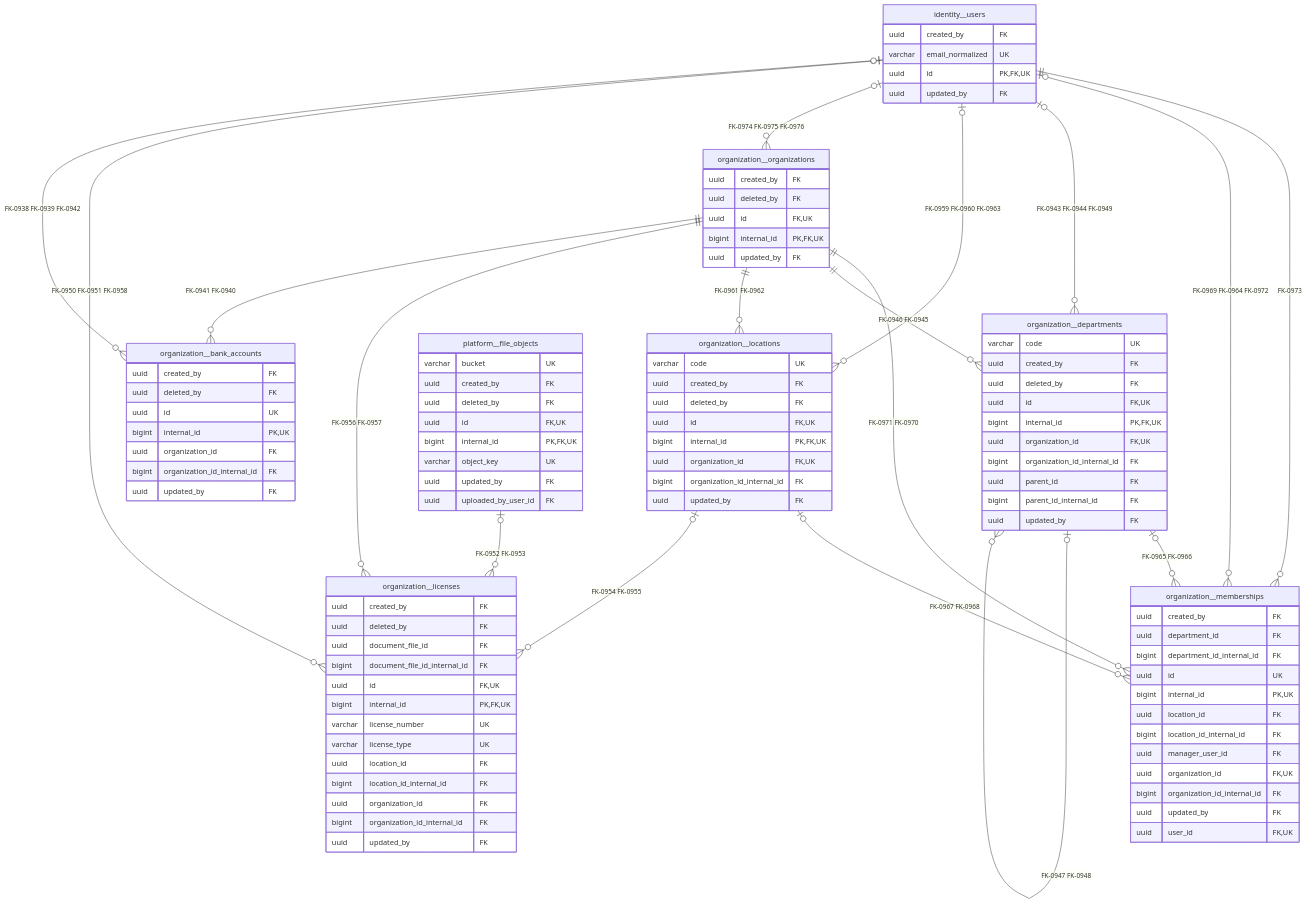
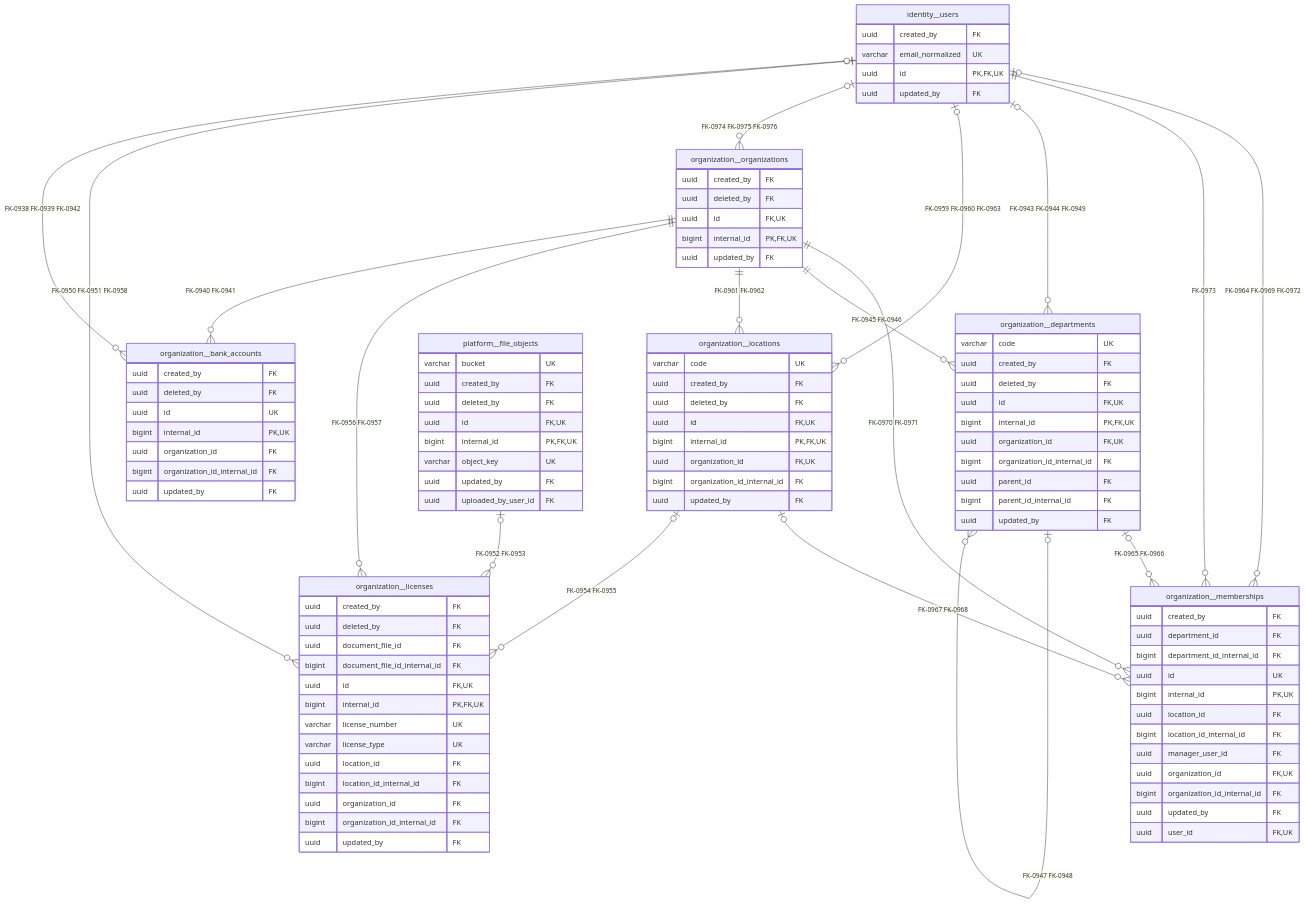
Before and after one commit to shiladityamajumder/pharmville-docs: the diagram in 04-Database/ER-Diagrams/16-organization.md, drawn with Mermaid. The commit also changed other lines of this file and 661 other files, not shown here.

Commit message:
docs: consolidate validated PostgreSQL schema and reorganize Pharmville into a module-driven technical blueprint

````diff
--- a/04-Database/ER-Diagrams/16-organization.md
+++ b/04-Database/ER-Diagrams/16-organization.md
@@ -110,21 +110,21 @@
         uuid updated_by FK
         uuid uploaded_by_user_id FK
     }
-    identity__users ||--o{ organization__memberships : "FK-0973"
-    identity__users o|--o{ organization__memberships : "FK-0969 FK-0964 FK-0972"
-    organization__organizations ||--o{ organization__memberships : "FK-0971 FK-0970"
+    identity__users o|--o{ organization__memberships : "FK-0964 FK-0969 FK-0972"
     organization__departments o|--o{ organization__memberships : "FK-0965 FK-0966"
     organization__locations o|--o{ organization__memberships : "FK-0967 FK-0968"
+    organization__organizations ||--o{ organization__memberships : "FK-0970 FK-0971"
+    identity__users ||--o{ organization__memberships : "FK-0973"
     identity__users o|--o{ organization__departments : "FK-0943 FK-0944 FK-0949"
+    organization__organizations ||--o{ organization__departments : "FK-0945 FK-0946"
     organization__departments o|--o{ organization__departments : "FK-0947 FK-0948"
-    organization__organizations ||--o{ organization__departments : "FK-0946 FK-0945"
     identity__users o|--o{ organization__locations : "FK-0959 FK-0960 FK-0963"
     organization__organizations ||--o{ organization__locations : "FK-0961 FK-0962"
     identity__users o|--o{ organization__organizations : "FK-0974 FK-0975 FK-0976"
     identity__users o|--o{ organization__licenses : "FK-0950 FK-0951 FK-0958"
-    organization__organizations ||--o{ organization__licenses : "FK-0956 FK-0957"
     platform__file_objects o|--o{ organization__licenses : "FK-0952 FK-0953"
     organization__locations o|--o{ organization__licenses : "FK-0954 FK-0955"
+    organization__organizations ||--o{ organization__licenses : "FK-0956 FK-0957"
     identity__users o|--o{ organization__bank_accounts : "FK-0938 FK-0939 FK-0942"
-    organization__organizations ||--o{ organization__bank_accounts : "FK-0941 FK-0940"
+    organization__organizations ||--o{ organization__bank_accounts : "FK-0940 FK-0941"
 ```
````
